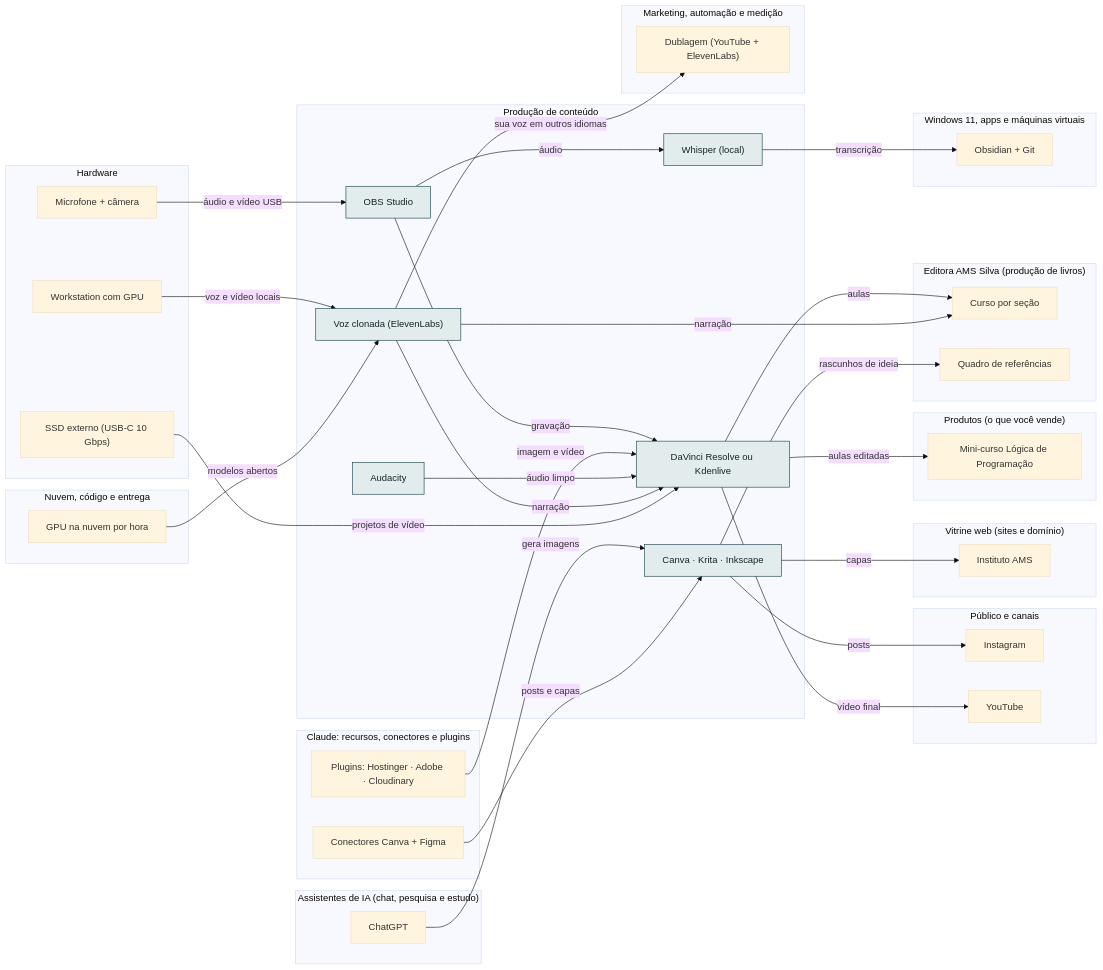
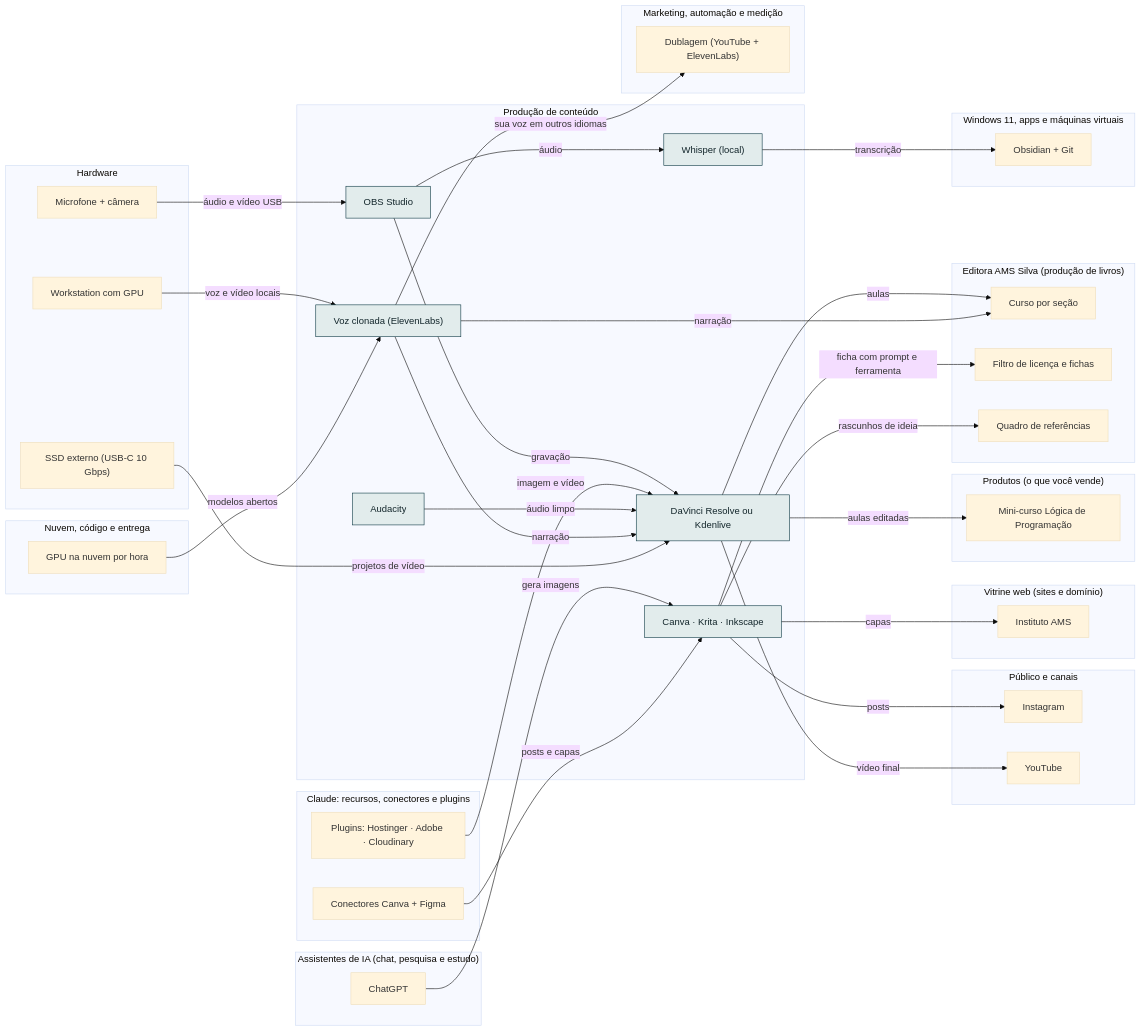
One commit to AlanMateus17/dev-setup changed the diagram in docs/camadas/12-cont.md. Above: the diagram before and after it, drawn with Mermaid (base theme). The commit also changed other lines of this file and 17 other files, not shown here.

````diff
--- a/docs/camadas/12-cont.md
+++ b/docs/camadas/12-cont.md
@@ -14,68 +14,70 @@
 ```mermaid
 flowchart LR
   subgraph L_cont["Produção de conteúdo"]
     n_obss["OBS Studio"]
     n_edit["DaVinci Resolve ou Kdenlive"]
     n_aud["Audacity"]
     n_img["Canva · Krita · Inkscape"]
     n_whis["Whisper (local)"]
     n_voz["Voz clonada (ElevenLabs)"]
   end
   subgraph L_pub["Público e canais"]
     n_ig["Instagram"]
     n_yt["YouTube"]
   end
   subgraph L_mkt["Marketing, automação e medição"]
     n_dub["Dublagem (YouTube + ElevenLabs)"]
   end
   subgraph L_web["Vitrine web (sites e domínio)"]
     n_inst["Instituto AMS"]
   end
   subgraph L_prod["Produtos (o que você vende)"]
     n_curso["Mini-curso Lógica de Programação"]
   end
   subgraph L_editora["Editora AMS Silva (produção de livros)"]
     n_bcurso["Curso por seção"]
+    n_licenca["Filtro de licença e fichas"]
     n_refs["Quadro de referências"]
   end
   subgraph L_nuvem["Nuvem, código e entrega"]
     n_gpuh["GPU na nuvem por hora"]
   end
   subgraph L_clc["Claude: recursos, conectores e plugins"]
     n_ccan["Conectores Canva + Figma"]
     n_phst["Plugins: Hostinger · Adobe · Cloudinary"]
   end
   subgraph L_chat["Assistentes de IA (chat, pesquisa e estudo)"]
     n_gpt["ChatGPT"]
   end
   subgraph L_win["Windows 11, apps e máquinas virtuais"]
     n_obsd["Obsidian + Git"]
   end
   subgraph L_hw["Hardware"]
     n_mic["Microfone + câmera"]
     n_ssdext["SSD externo (USB-C 10 Gbps)"]
     n_ws["Workstation com GPU"]
   end
   n_obss -->|"gravação"| n_edit
   n_obss -->|"áudio"| n_whis
   n_mic -->|"áudio e vídeo USB"| n_obss
   n_edit -->|"vídeo final"| n_yt
   n_edit -->|"aulas editadas"| n_curso
   n_edit -->|"aulas"| n_bcurso
   n_phst -->|"imagem e vídeo"| n_edit
   n_aud -->|"áudio limpo"| n_edit
   n_voz -->|"narração"| n_edit
   n_ssdext -->|"projetos de vídeo"| n_edit
   n_img -->|"posts"| n_ig
   n_img -->|"capas"| n_inst
   n_img -->|"rascunhos de ideia"| n_refs
+  n_img -->|"ficha com prompt e ferramenta"| n_licenca
   n_gpt -->|"gera imagens"| n_img
   n_ccan -->|"posts e capas"| n_img
   n_whis -->|"transcrição"| n_obsd
   n_voz -->|"sua voz em outros idiomas"| n_dub
   n_voz -->|"narração"| n_bcurso
   n_ws -->|"voz e vídeo locais"| n_voz
   n_gpuh -->|"modelos abertos"| n_voz
   classDef desta fill:#e2ecec,stroke:#0e3a45,color:#13262b
   class n_obss,n_edit,n_aud,n_img,n_whis,n_voz desta
 ```
````
